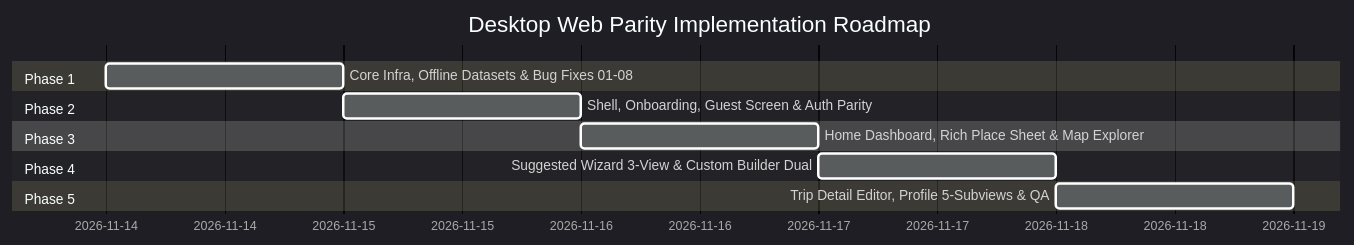
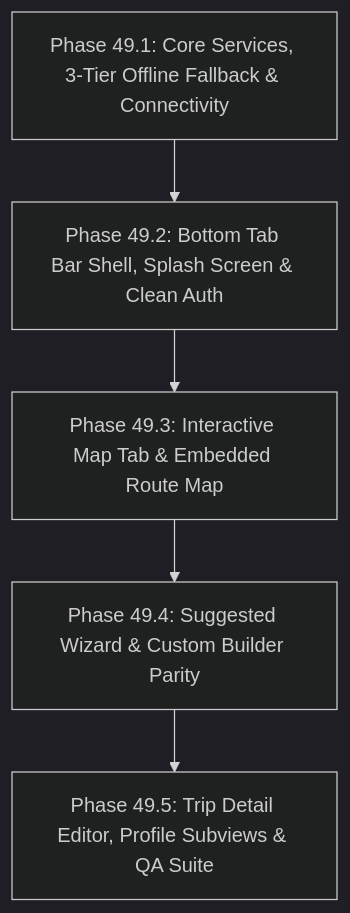
Before and after one commit to Edselrenz/Itinerary-App: the diagram in docs/DESKTOP_APP_PARITY_AND_IMPLEMENTATION_PLAN.md, drawn with Mermaid (dark theme). The commit also changed other lines of this file and 39 other files, not shown here.

````diff
--- a/docs/DESKTOP_APP_PARITY_AND_IMPLEMENTATION_PLAN.md
+++ b/docs/DESKTOP_APP_PARITY_AND_IMPLEMENTATION_PLAN.md
@@ -85,15 +85,7 @@
 ```mermaid
-gantt
-    title Desktop Web Parity Implementation Roadmap
-    dateFormat  YYYY-MM-DD
-    section Phase 1
-    Core Infra, Offline Datasets & Bug Fixes 01-08  :p1, 2026-11-14, 1d
-    section Phase 2
-    Shell, Onboarding, Guest Screen & Auth Parity    :p2, after p1, 1d
-    section Phase 3
-    Home Dashboard, Rich Place Sheet & Map Explorer :p3, after p2, 1d
-    section Phase 4
-    Suggested Wizard 3-View & Custom Builder Dual   :p4, after p3, 1d
-    section Phase 5
-    Trip Detail Editor, Profile 5-Subviews & QA     :p5, after p4, 1d
+flowchart TD
+    P1["Phase 49.1: Core Services, 3-Tier Offline Fallback & Connectivity"] --> P2["Phase 49.2: Bottom Tab Bar Shell, Splash Screen & Clean Auth"]
+    P2 --> P3["Phase 49.3: Interactive Map Tab & Embedded Route Map"]
+    P3 --> P4["Phase 49.4: Suggested Wizard & Custom Builder Parity"]
+    P4 --> P5["Phase 49.5: Trip Detail Editor, Profile Subviews & QA Suite"]
 ```
````
